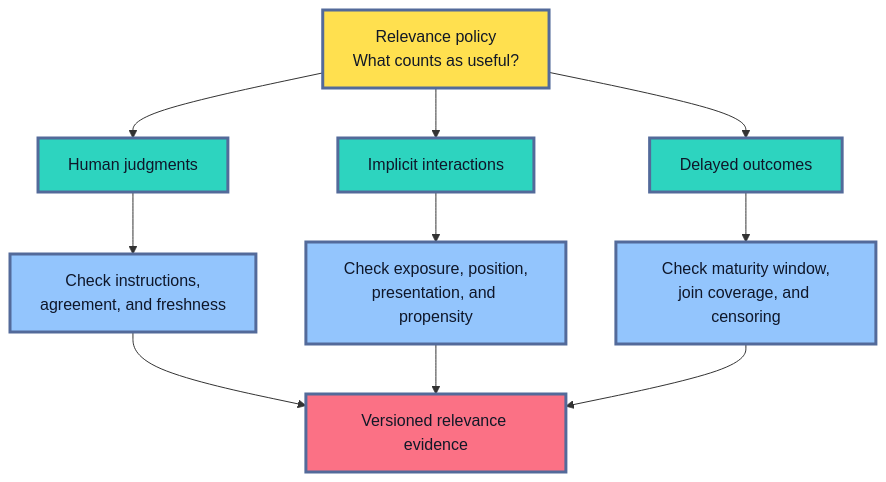
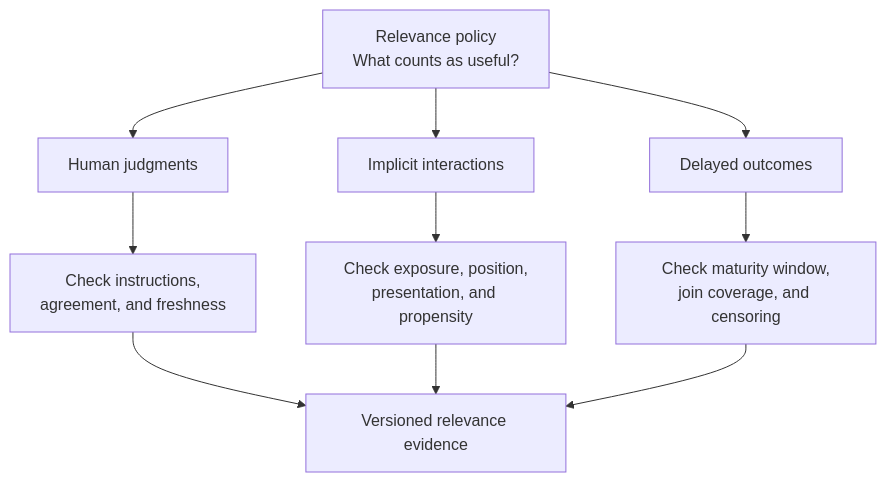
One commit to senlinyy/dev-roadmaps changed the third of 8 diagrams in roadmaps/mlops/modules/model-evaluation/offline-evaluation/04-ranking-and-retrieval-evaluation.md. Above: the diagram before and after it, drawn with Mermaid. The commit also changed other lines of this file and 152 other files, not shown here.

Commit message:
feat: mlops and diagrams updated

````diff
--- a/roadmaps/mlops/modules/model-evaluation/offline-evaluation/04-ranking-and-retrieval-evaluation.md
+++ b/roadmaps/mlops/modules/model-evaluation/offline-evaluation/04-ranking-and-retrieval-evaluation.md
@@ -212,21 +204,17 @@
 ```mermaid
 flowchart TD
     A["Relevance policy<br/>What counts as useful?"] --> B["Human judgments"]
     A --> C["Implicit interactions"]
     A --> D["Delayed outcomes"]
     B --> E["Check instructions,<br/>agreement, and freshness"]
     C --> F["Check exposure, position,<br/>presentation, and propensity"]
     D --> G["Check maturity window,<br/>join coverage, and censoring"]
     E --> H["Versioned relevance evidence"]
     F --> H
     G --> H
 
-    classDef policy fill:#FFE04F,stroke:#536A9A,stroke-width:3px,color:#111827
-    classDef source fill:#2DD4BF,stroke:#536A9A,stroke-width:3px,color:#0F172A
-    classDef check fill:#93C5FD,stroke:#536A9A,stroke-width:3px,color:#0F172A
-    classDef evidence fill:#FB7185,stroke:#536A9A,stroke-width:3px,color:#111827
     class A policy
     class B,C,D source
     class E,F,G check
     class H evidence
 ```
````
